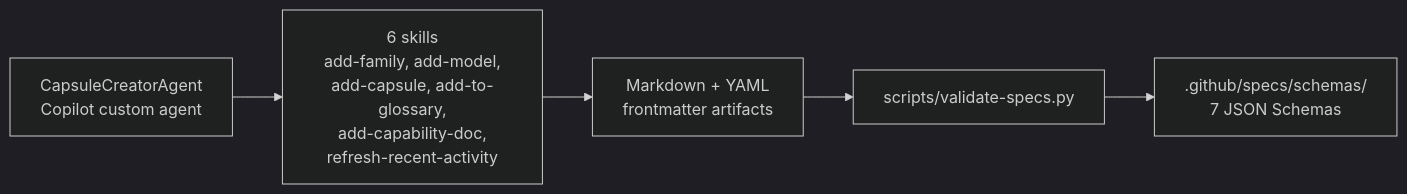
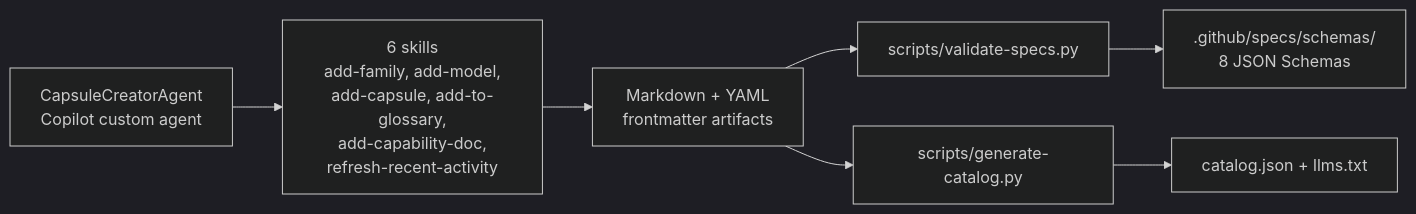
One commit to microsoft-foundry/model-releases changed the second of 2 diagrams in docs/README.md. Above: the diagram before and after it, drawn with Mermaid (dark theme). The commit also changed other lines of this file and 46 other files, not shown here.

````diff
--- a/docs/README.md
+++ b/docs/README.md
@@ -84,7 +93,9 @@
 ```mermaid
 flowchart LR
     A[CapsuleCreatorAgent<br/>Copilot custom agent] --> S[6 skills<br/>add-family, add-model,<br/>add-capsule, add-to-glossary,<br/>add-capability-doc,<br/>refresh-recent-activity]
     S --> M[Markdown + YAML<br/>frontmatter artifacts]
     M --> V[scripts/validate-specs.py]
-    V --> X[.github/specs/schemas/<br/>7 JSON Schemas]
+    V --> X[.github/specs/schemas/<br/>8 JSON Schemas]
+    M --> G[scripts/generate-catalog.py]
+    G --> J[catalog.json + llms.txt]
 ```
````
